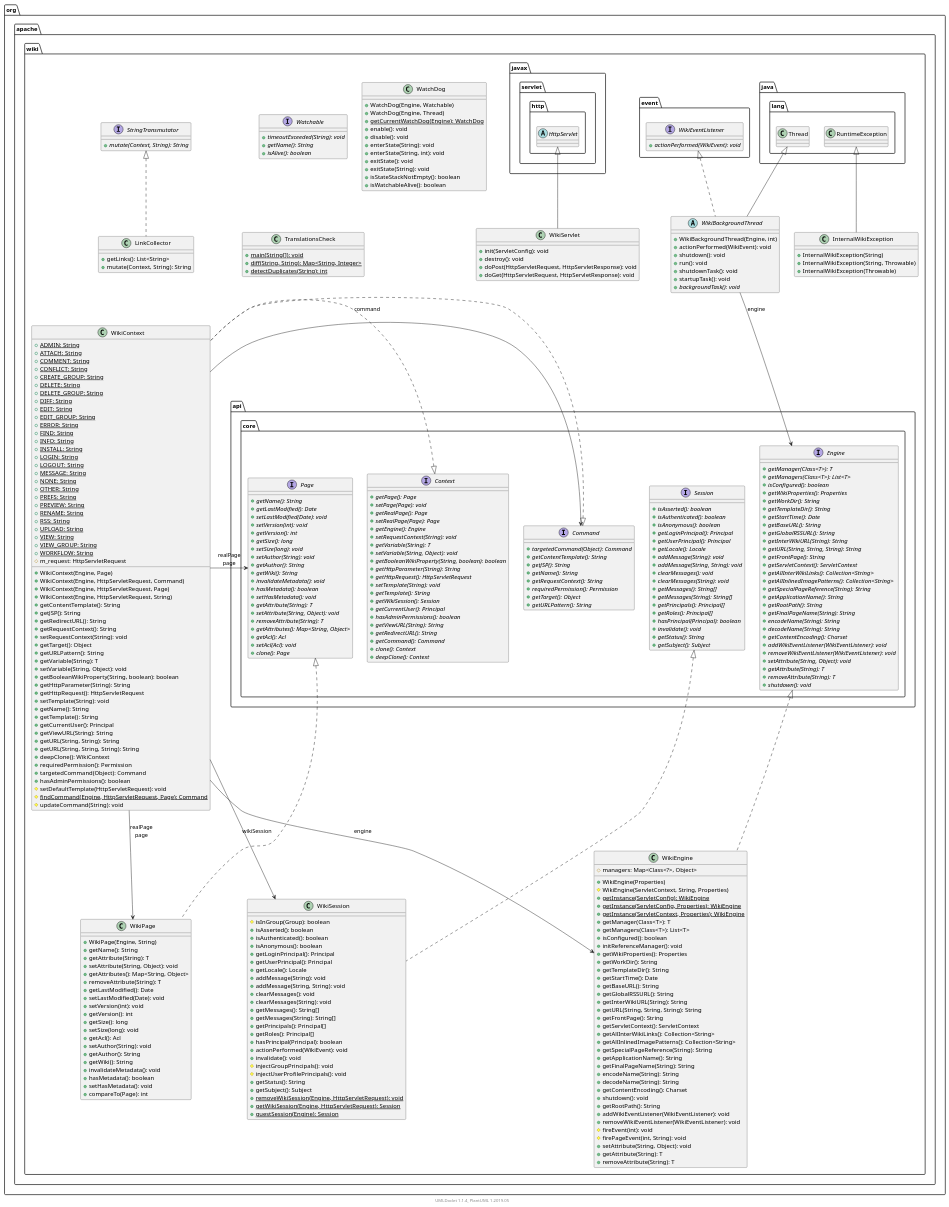
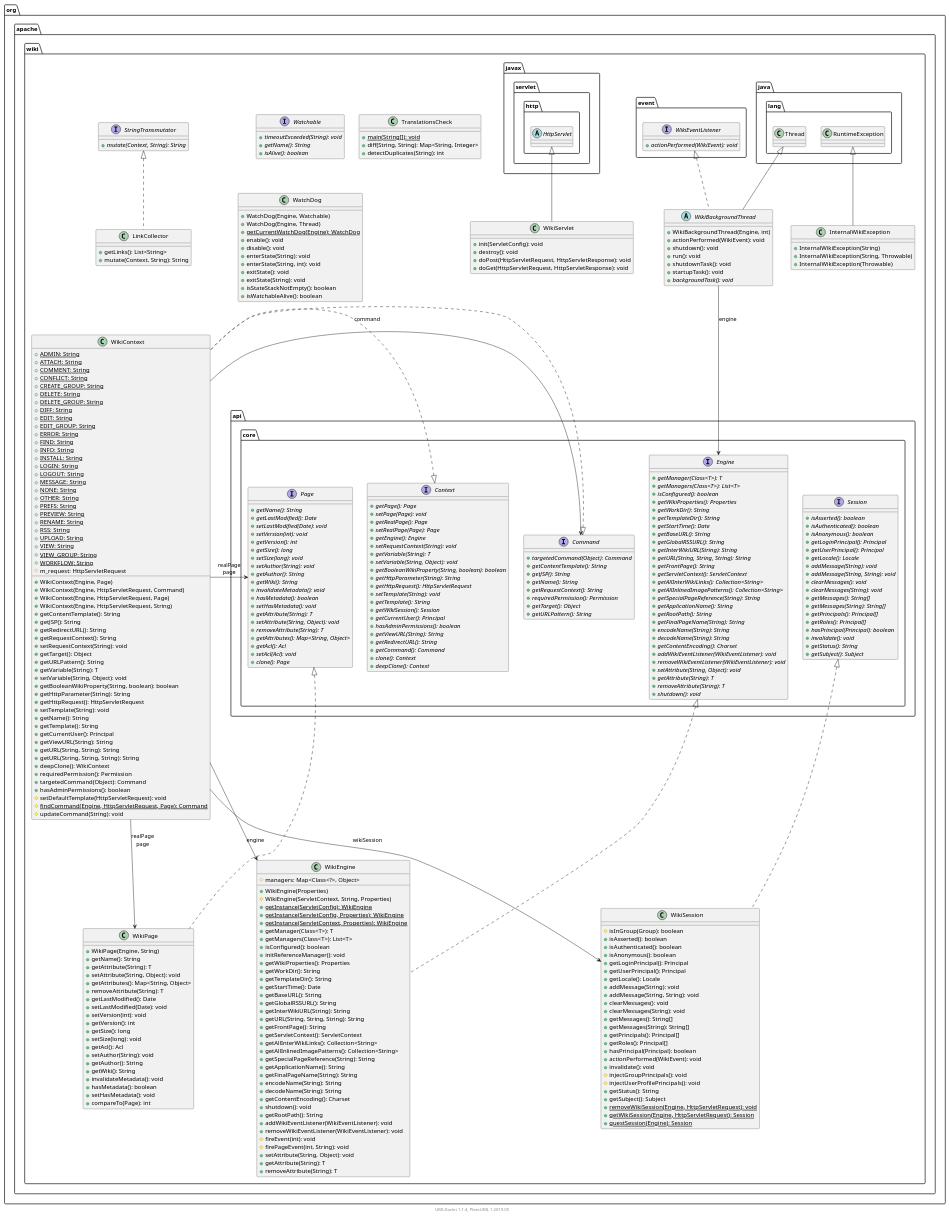
Before and after one commit to apache/jspwiki-site: the diagram in apidocs/2.11.0.M7-SNAPSHOT/org/apache/wiki/package.puml, drawn with PlantUML. The commit also changed 1830 other files, not shown here.

```diff
--- a/apidocs/2.11.0.M7-SNAPSHOT/org/apache/wiki/package.puml
+++ b/apidocs/2.11.0.M7-SNAPSHOT/org/apache/wiki/package.puml
@@ -1,16 +1,6 @@
 @startuml
 
     namespace org.apache.wiki {
-
-        abstract class WikiBackgroundThread [[WikiBackgroundThread.html]] {
-            +WikiBackgroundThread(Engine, int)
-            +actionPerformed(WikiEvent): void
-            +shutdown(): void
-            +run(): void
-            +shutdownTask(): void
-            +startupTask(): void
-            {abstract} +backgroundTask(): void
-        }
 
         interface Watchable [[Watchable.html]] {
             {abstract} +timeoutExceeded(String): void
@@ -18,63 +8,10 @@
             {abstract} +isAlive(): boolean
         }
 
-        class WikiPage [[WikiPage.html]] {
-            +WikiPage(Engine, String)
-            +getName(): String
-            +getAttribute(String): T
-            +setAttribute(String, Object): void
-            +getAttributes(): Map<String, Object>
-            +removeAttribute(String): T
-            +getLastModified(): Date
-            +setLastModified(Date): void
-            +setVersion(int): void
-            +getVersion(): int
-            +getSize(): long
-            +setSize(long): void
-            +getAcl(): Acl
-            +setAuthor(String): void
-            +getAuthor(): String
-            +getWiki(): String
-            +invalidateMetadata(): void
-            +hasMetadata(): boolean
-            +setHasMetadata(): void
-            +compareTo(Page): int
-        }
-
-        class WikiServlet [[WikiServlet.html]] {
-            +init(ServletConfig): void
-            +destroy(): void
-            +doPost(HttpServletRequest, HttpServletResponse): void
-            +doGet(HttpServletRequest, HttpServletResponse): void
-        }
-
-        interface StringTransmutator [[StringTransmutator.html]] {
-            {abstract} +mutate(Context, String): String
-        }
-
-        class LinkCollector [[LinkCollector.html]] {
-            +getLinks(): List<String>
-            +mutate(Context, String): String
-        }
-
-        class WatchDog [[WatchDog.html]] {
-            +WatchDog(Engine, Watchable)
-            +WatchDog(Engine, Thread)
-            {static} +getCurrentWatchDog(Engine): WatchDog
-            +enable(): void
-            +disable(): void
-            +enterState(String): void
-            +enterState(String, int): void
-            +exitState(): void
-            +exitState(String): void
-            +isStateStackNotEmpty(): boolean
-            +isWatchableAlive(): boolean
-        }
-
         class TranslationsCheck [[TranslationsCheck.html]] {
             {static} +main(String[]): void
-            {static} +diff(String, String): Map<String, Integer>
-            {static} +detectDuplicates(String): int
+            +diff(String, String): Map<String, Integer>
+            +detectDuplicates(String): int
         }
 
         class WikiContext [[WikiContext.html]] {
@@ -138,38 +75,67 @@
             #updateCommand(String): void
         }
 
-        class WikiSession [[WikiSession.html]] {
-            #isInGroup(Group): boolean
-            +isAsserted(): boolean
-            +isAuthenticated(): boolean
-            +isAnonymous(): boolean
-            +getLoginPrincipal(): Principal
-            +getUserPrincipal(): Principal
-            +getLocale(): Locale
-            +addMessage(String): void
-            +addMessage(String, String): void
-            +clearMessages(): void
-            +clearMessages(String): void
-            +getMessages(): String[]
-            +getMessages(String): String[]
-            +getPrincipals(): Principal[]
-            +getRoles(): Principal[]
-            +hasPrincipal(Principal): boolean
-            +actionPerformed(WikiEvent): void
-            +invalidate(): void
-            #injectGroupPrincipals(): void
-            #injectUserProfilePrincipals(): void
-            +getStatus(): String
-            +getSubject(): Subject
-            {static} +removeWikiSession(Engine, HttpServletRequest): void
-            {static} +getWikiSession(Engine, HttpServletRequest): Session
-            {static} +guestSession(Engine): Session
+        class WikiPage [[WikiPage.html]] {
+            +WikiPage(Engine, String)
+            +getName(): String
+            +getAttribute(String): T
+            +setAttribute(String, Object): void
+            +getAttributes(): Map<String, Object>
+            +removeAttribute(String): T
+            +getLastModified(): Date
+            +setLastModified(Date): void
+            +setVersion(int): void
+            +getVersion(): int
+            +getSize(): long
+            +setSize(long): void
+            +getAcl(): Acl
+            +setAuthor(String): void
+            +getAuthor(): String
+            +getWiki(): String
+            +invalidateMetadata(): void
+            +hasMetadata(): boolean
+            +setHasMetadata(): void
+            +compareTo(Page): int
         }
 
-        class InternalWikiException [[InternalWikiException.html]] {
-            +InternalWikiException(String)
-            +InternalWikiException(String, Throwable)
-            +InternalWikiException(Throwable)
+        abstract class WikiBackgroundThread [[WikiBackgroundThread.html]] {
+            +WikiBackgroundThread(Engine, int)
+            +actionPerformed(WikiEvent): void
+            +shutdown(): void
+            +run(): void
+            +shutdownTask(): void
+            +startupTask(): void
+            {abstract} +backgroundTask(): void
+        }
+
+        class WatchDog [[WatchDog.html]] {
+            +WatchDog(Engine, Watchable)
+            +WatchDog(Engine, Thread)
+            {static} +getCurrentWatchDog(Engine): WatchDog
+            +enable(): void
+            +disable(): void
+            +enterState(String): void
+            +enterState(String, int): void
+            +exitState(): void
+            +exitState(String): void
+            +isStateStackNotEmpty(): boolean
+            +isWatchableAlive(): boolean
+        }
+
+        class WikiServlet [[WikiServlet.html]] {
+            +init(ServletConfig): void
+            +destroy(): void
+            +doPost(HttpServletRequest, HttpServletResponse): void
+            +doGet(HttpServletRequest, HttpServletResponse): void
+        }
+
+        class LinkCollector [[LinkCollector.html]] {
+            +getLinks(): List<String>
+            +mutate(Context, String): String
+        }
+
+        interface StringTransmutator [[StringTransmutator.html]] {
+            {abstract} +mutate(Context, String): String
         }
 
         class WikiEngine [[WikiEngine.html]] {
@@ -212,42 +178,39 @@
             +removeAttribute(String): T
         }
 
-        class java.lang.Thread
-        java.lang.Thread <|-- WikiBackgroundThread
+        class WikiSession [[WikiSession.html]] {
+            #isInGroup(Group): boolean
+            +isAsserted(): boolean
+            +isAuthenticated(): boolean
+            +isAnonymous(): boolean
+            +getLoginPrincipal(): Principal
+            +getUserPrincipal(): Principal
+            +getLocale(): Locale
+            +addMessage(String): void
+            +addMessage(String, String): void
+            +clearMessages(): void
+            +clearMessages(String): void
+            +getMessages(): String[]
+            +getMessages(String): String[]
+            +getPrincipals(): Principal[]
+            +getRoles(): Principal[]
+            +hasPrincipal(Principal): boolean
+            +actionPerformed(WikiEvent): void
+            +invalidate(): void
+            #injectGroupPrincipals(): void
+            #injectUserProfilePrincipals(): void
+            +getStatus(): String
+            +getSubject(): Subject
+            {static} +removeWikiSession(Engine, HttpServletRequest): void
+            {static} +getWikiSession(Engine, HttpServletRequest): Session
+            {static} +guestSession(Engine): Session
+        }
 
-        interface org.apache.wiki.event.WikiEventListener {
-            {abstract} +actionPerformed(WikiEvent): void
+        class InternalWikiException [[InternalWikiException.html]] {
+            +InternalWikiException(String)
+            +InternalWikiException(String, Throwable)
+            +InternalWikiException(Throwable)
         }
-        org.apache.wiki.event.WikiEventListener <|.. WikiBackgroundThread
-
-        interface org.apache.wiki.api.core.Page {
-            {abstract} +getName(): String
-            {abstract} +getLastModified(): Date
-            {abstract} +setLastModified(Date): void
-            {abstract} +setVersion(int): void
-            {abstract} +getVersion(): int
-            {abstract} +getSize(): long
-            {abstract} +setSize(long): void
-            {abstract} +setAuthor(String): void
-            {abstract} +getAuthor(): String
-            {abstract} +getWiki(): String
-            {abstract} +invalidateMetadata(): void
-            {abstract} +hasMetadata(): boolean
-            {abstract} +setHasMetadata(): void
-            {abstract} +getAttribute(String): T
-            {abstract} +setAttribute(String, Object): void
-            {abstract} +removeAttribute(String): T
-            {abstract} +getAttributes(): Map<String, Object>
-            {abstract} +getAcl(): Acl
-            {abstract} +setAcl(Acl): void
-            {abstract} +clone(): Page
-        }
-        org.apache.wiki.api.core.Page <|.. WikiPage
-
-        abstract class javax.servlet.http.HttpServlet
-        javax.servlet.http.HttpServlet <|-- WikiServlet
-
-        StringTransmutator <|.. LinkCollector
 
         interface org.apache.wiki.api.core.Context {
             {abstract} +getPage(): Page
@@ -286,30 +249,42 @@
         }
         org.apache.wiki.api.core.Command <|.. WikiContext
 
-        interface org.apache.wiki.api.core.Session {
-            {abstract} +isAsserted(): boolean
-            {abstract} +isAuthenticated(): boolean
-            {abstract} +isAnonymous(): boolean
-            {abstract} +getLoginPrincipal(): Principal
-            {abstract} +getUserPrincipal(): Principal
-            {abstract} +getLocale(): Locale
-            {abstract} +addMessage(String): void
-            {abstract} +addMessage(String, String): void
-            {abstract} +clearMessages(): void
-            {abstract} +clearMessages(String): void
-            {abstract} +getMessages(): String[]
-            {abstract} +getMessages(String): String[]
-            {abstract} +getPrincipals(): Principal[]
-            {abstract} +getRoles(): Principal[]
-            {abstract} +hasPrincipal(Principal): boolean
-            {abstract} +invalidate(): void
-            {abstract} +getStatus(): String
-            {abstract} +getSubject(): Subject
+        interface org.apache.wiki.api.core.Page {
+            {abstract} +getName(): String
+            {abstract} +getLastModified(): Date
+            {abstract} +setLastModified(Date): void
+            {abstract} +setVersion(int): void
+            {abstract} +getVersion(): int
+            {abstract} +getSize(): long
+            {abstract} +setSize(long): void
+            {abstract} +setAuthor(String): void
+            {abstract} +getAuthor(): String
+            {abstract} +getWiki(): String
+            {abstract} +invalidateMetadata(): void
+            {abstract} +hasMetadata(): boolean
+            {abstract} +setHasMetadata(): void
+            {abstract} +getAttribute(String): T
+            {abstract} +setAttribute(String, Object): void
+            {abstract} +removeAttribute(String): T
+            {abstract} +getAttributes(): Map<String, Object>
+            {abstract} +getAcl(): Acl
+            {abstract} +setAcl(Acl): void
+            {abstract} +clone(): Page
         }
-        org.apache.wiki.api.core.Session <|.. WikiSession
+        org.apache.wiki.api.core.Page <|.. WikiPage
 
-        class java.lang.RuntimeException
-        java.lang.RuntimeException <|-- InternalWikiException
+        class java.lang.Thread
+        java.lang.Thread <|-- WikiBackgroundThread
+
+        interface org.apache.wiki.event.WikiEventListener {
+            {abstract} +actionPerformed(WikiEvent): void
+        }
+        org.apache.wiki.event.WikiEventListener <|.. WikiBackgroundThread
+
+        abstract class javax.servlet.http.HttpServlet
+        javax.servlet.http.HttpServlet <|-- WikiServlet
+
+        StringTransmutator <|.. LinkCollector
 
         interface org.apache.wiki.api.core.Engine {
             {abstract} +getManager(Class<T>): T
@@ -343,7 +318,30 @@
         }
         org.apache.wiki.api.core.Engine <|.. WikiEngine
 
-        WikiBackgroundThread --> org.apache.wiki.api.core.Engine: engine
+        interface org.apache.wiki.api.core.Session {
+            {abstract} +isAsserted(): boolean
+            {abstract} +isAuthenticated(): boolean
+            {abstract} +isAnonymous(): boolean
+            {abstract} +getLoginPrincipal(): Principal
+            {abstract} +getUserPrincipal(): Principal
+            {abstract} +getLocale(): Locale
+            {abstract} +addMessage(String): void
+            {abstract} +addMessage(String, String): void
+            {abstract} +clearMessages(): void
+            {abstract} +clearMessages(String): void
+            {abstract} +getMessages(): String[]
+            {abstract} +getMessages(String): String[]
+            {abstract} +getPrincipals(): Principal[]
+            {abstract} +getRoles(): Principal[]
+            {abstract} +hasPrincipal(Principal): boolean
+            {abstract} +invalidate(): void
+            {abstract} +getStatus(): String
+            {abstract} +getSubject(): Subject
+        }
+        org.apache.wiki.api.core.Session <|.. WikiSession
+
+        class java.lang.RuntimeException
+        java.lang.RuntimeException <|-- InternalWikiException
 
         WikiContext --> org.apache.wiki.api.core.Page: realPage\npage
 
@@ -355,6 +353,8 @@
 
         WikiContext --> WikiSession: wikiSession
 
+        WikiBackgroundThread --> org.apache.wiki.api.core.Engine: engine
+
     }
 
 
```
